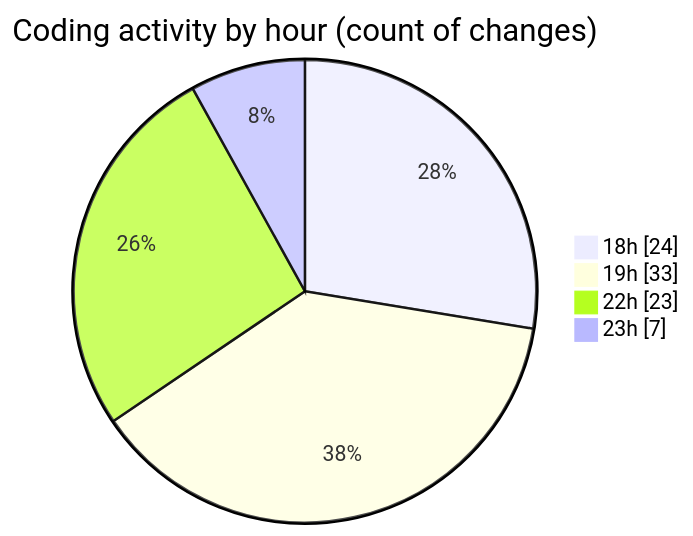
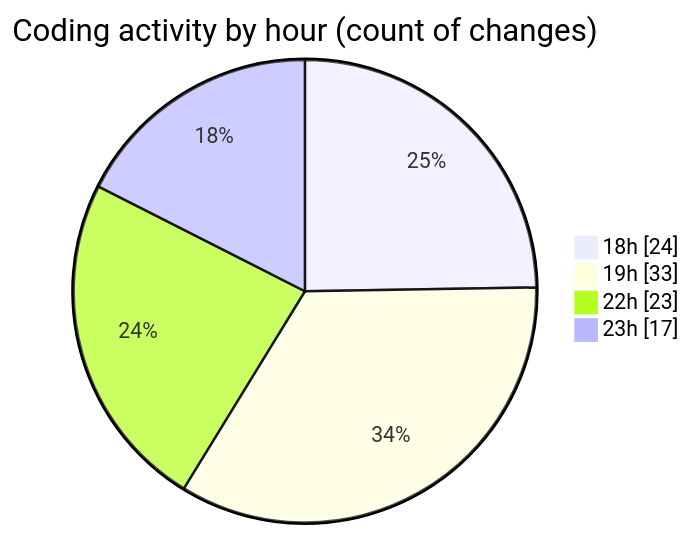
Before and after one commit to Netris89/code-tracking: the second of 2 diagrams in 2025-04-21/echo/README.md, drawn with Mermaid. The commit also changed other lines of this file and 1 other file, not shown here.

````diff
--- a/2025-04-21/echo/README.md
+++ b/2025-04-21/echo/README.md
@@ -36,8 +36,8 @@
 ```mermaid
 pie showData
 title Coding activity by hour (count of changes)
 "18h" : 24
 "19h" : 33
 "22h" : 23
-"23h" : 7
+"23h" : 17
 ```
````
